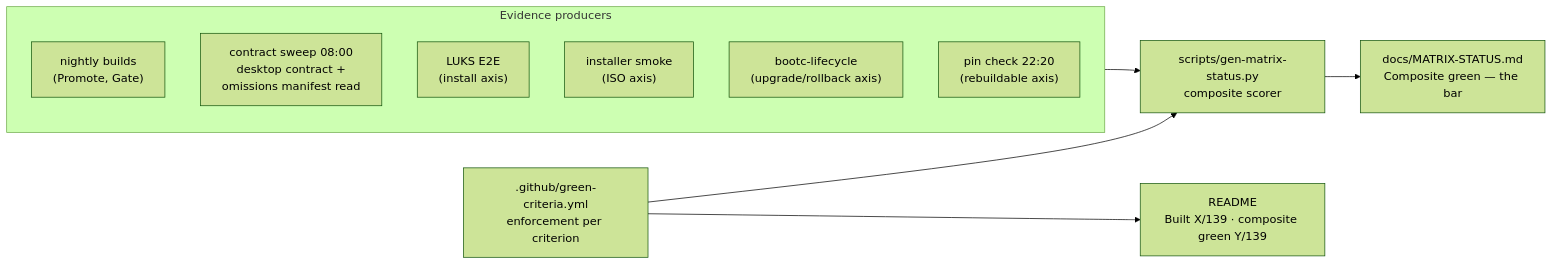
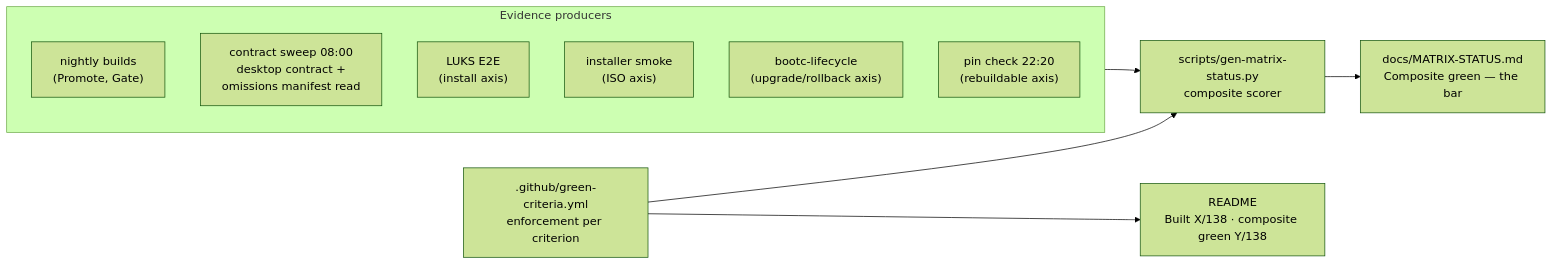
The fifth of 5 diagrams in docs/DEVELOPER-GUIDE.md (tuna-os/tunaOS), drawn with Mermaid (forest theme) before and after one commit. The commit also changed other lines of this file and 3 other files, not shown here.

````diff
--- a/docs/DEVELOPER-GUIDE.md
+++ b/docs/DEVELOPER-GUIDE.md
@@ -245,20 +245,20 @@
 ```mermaid
 flowchart LR
     subgraph evidence["Evidence producers"]
         BLD["nightly builds<br/>(Promote, Gate)"]
         SWEEP["contract sweep 08:00<br/>desktop contract +<br/>omissions manifest read"]
         LUKS["LUKS E2E<br/>(install axis)"]
         ISO["installer smoke<br/>(ISO axis)"]
         LC["bootc-lifecycle<br/>(upgrade/rollback axis)"]
         PIN["pin check 22:20<br/>(rebuildable axis)"]
     end
     CRIT[".github/green-criteria.yml<br/>enforcement per criterion"]
     GEN["scripts/gen-matrix-status.py<br/>composite scorer"]
     MS["docs/MATRIX-STATUS.md<br/>Composite green — the bar"]
-    RM["README<br/>Built X/139 · composite green Y/139"]
+    RM["README<br/>Built X/138 · composite green Y/138"]
 
     evidence --> GEN
     CRIT --> GEN
     GEN --> MS
     CRIT --> RM
 ```
````
